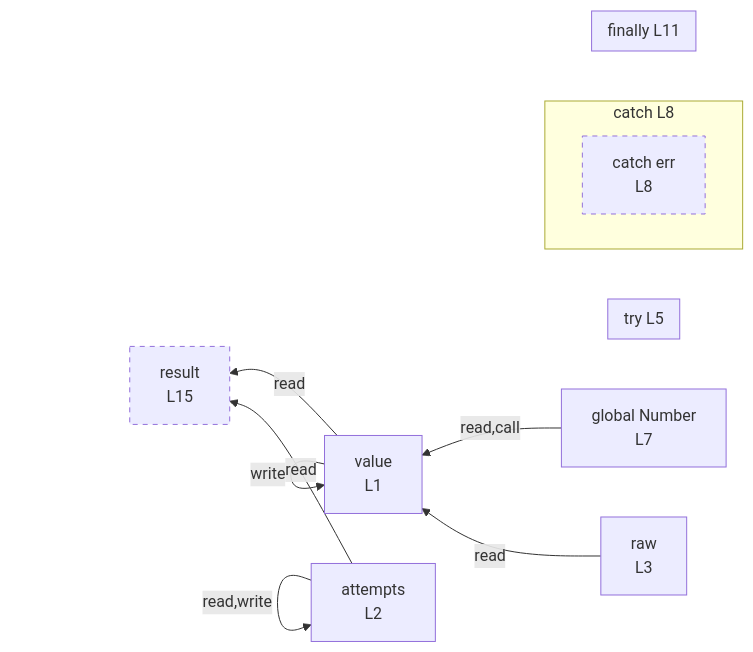
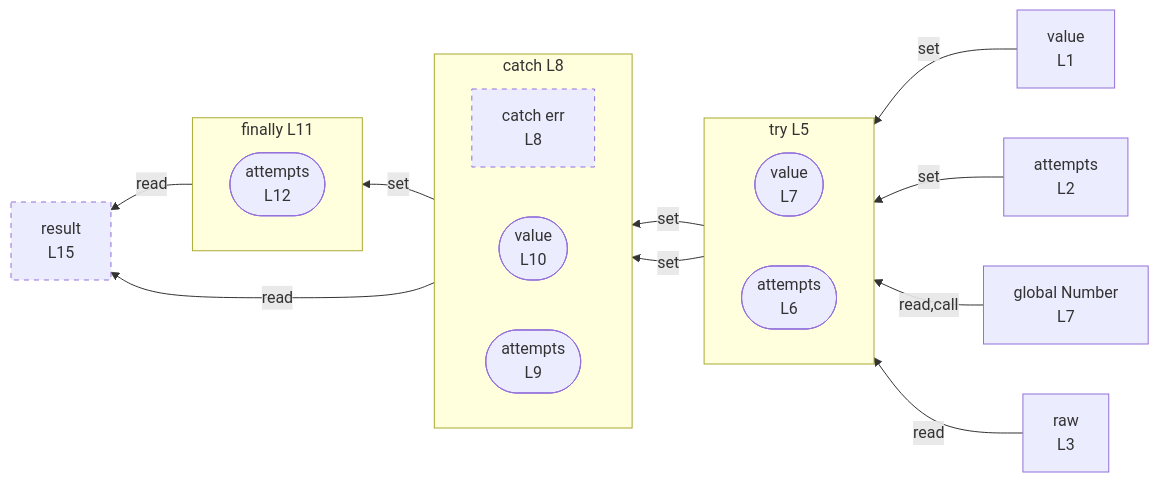
The diagram in integration/fixtures/control-try/preview.md (crescware/unsnarl), drawn with Mermaid before and after one commit. The commit also changed 12 other files, not shown here.

First line of the commit message:
feat(mermaid): chain let writes through dedicated write-op nodes

````diff
--- a/integration/fixtures/control-try/preview.md
+++ b/integration/fixtures/control-try/preview.md
@@ -25,30 +25,35 @@
 ```mermaid
 flowchart RL
   n_scope_0_value_4["value<br/>L1"]
   n_scope_0_attempts_19["attempts<br/>L2"]
   n_scope_0_raw_39["raw<br/>L3"]
   n_scope_0_result_182["result<br/>L15"]
   n_scope_0_Number_84["global Number<br/>L7"]
   subgraph s_scope_1["try L5"]
     direction RL
+    wr_ref_1(["value<br/>L7"])
+    wr_ref_0(["attempts<br/>L6"])
   end
   subgraph s_scope_2["catch L8"]
     direction RL
     n_scope_2_err_106["catch err<br/>L8"]
+    wr_ref_5(["value<br/>L10"])
+    wr_ref_4(["attempts<br/>L9"])
   end
   subgraph s_scope_3["finally L11"]
     direction RL
+    wr_ref_6(["attempts<br/>L12"])
   end
-  n_scope_0_attempts_19 -->|write| n_scope_0_attempts_19
-  n_scope_0_value_4 -->|write| n_scope_0_value_4
-  n_scope_0_Number_84 -->|read,call| n_scope_0_value_4
-  n_scope_0_raw_39 -->|read| n_scope_0_value_4
-  n_scope_0_attempts_19 -->|write| n_scope_0_attempts_19
-  n_scope_0_value_4 -->|write| n_scope_0_value_4
-  n_scope_0_attempts_19 -->|read,write| n_scope_0_attempts_19
-  n_scope_0_value_4 -->|read| n_scope_0_result_182
-  n_scope_0_attempts_19 -->|read| n_scope_0_result_182
+  n_scope_0_value_4 -->|set| wr_ref_1
+  wr_ref_1 -->|set| wr_ref_5
+  n_scope_0_attempts_19 -->|set| wr_ref_0
+  wr_ref_0 -->|set| wr_ref_4
+  wr_ref_4 -->|set| wr_ref_6
+  n_scope_0_Number_84 -->|read,call| wr_ref_1
+  n_scope_0_raw_39 -->|read| wr_ref_1
+  wr_ref_5 -->|read| n_scope_0_result_182
+  wr_ref_6 -->|read| n_scope_0_result_182
   classDef unused stroke-dasharray: 5 5;
   class n_scope_0_result_182 unused;
   class n_scope_2_err_106 unused;
 ```
````
